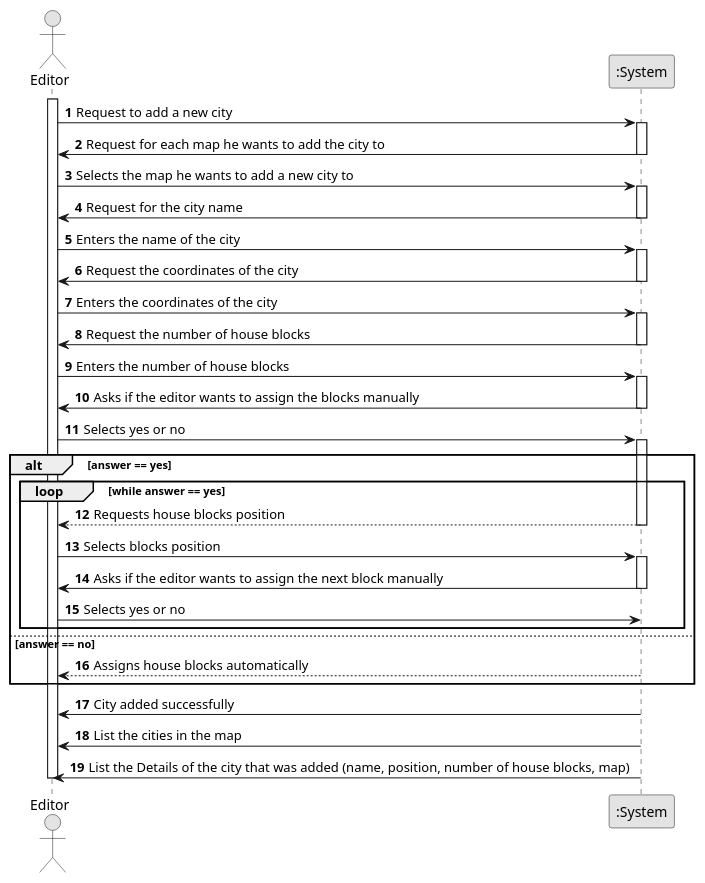
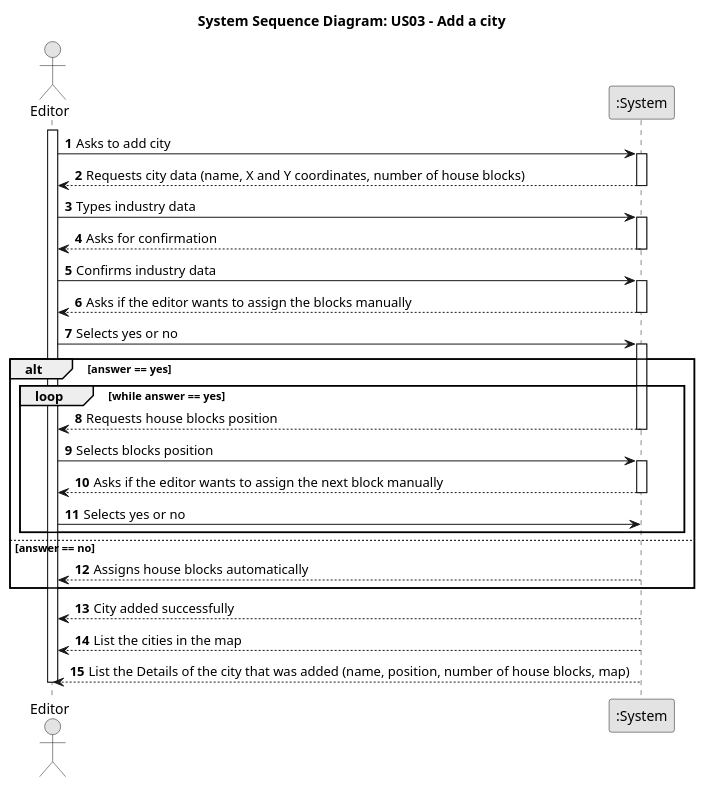
Before and after one commit to HenriqueSilva18/Railway-Network-Simulator: the diagram in docs/system-documentation/Sprint 1/US03/01.requirements-engineering/puml/US003-SSD.puml, drawn with PlantUML. The commit also changed 1 other file, not shown here.

Commit message:
US03 - Update SSD Diagram

```diff
--- a/docs/system-documentation/Sprint 1/US03/01.requirements-engineering/puml/US003-SSD.puml
+++ b/docs/system-documentation/Sprint 1/US03/01.requirements-engineering/puml/US003-SSD.puml
@@ -1,61 +1,55 @@
 @startuml
+title System Sequence Diagram: US03 - Add a city
 skinparam monochrome true
 skinparam packageStyle rectangle
 skinparam shadowing false
 
 autonumber
 
 actor "Editor" as Editor
 participant ":System" as System
 
 activate Editor
+Editor -> System : Asks to add city
+        activate System
+        System --> Editor: Requests city data (name, X and Y coordinates, number of house blocks)
+        deactivate System
 
-Editor -> System : Request to add a new city
-activate System
-System -> Editor : Request for each map he wants to add the city to
-deactivate System
-Editor -> System : Selects the map he wants to add a new city to
-activate System
-System -> Editor : Request for the city name
-deactivate System
-Editor -> System : Enters the name of the city
-activate System
-System -> Editor : Request the coordinates of the city
-deactivate System
-Editor -> System : Enters the coordinates of the city
-activate System
-System -> Editor : Request the number of house blocks
-deactivate System
-Editor -> System : Enters the number of house blocks
-activate System
-System -> Editor : Asks if the editor wants to assign the blocks manually
+    Editor -> System: Types industry data
+        activate System
+        System --> Editor: Asks for confirmation
+        deactivate System
+
+    Editor -> System: Confirms industry data
+        activate System
+System --> Editor : Asks if the editor wants to assign the blocks manually
 deactivate System
 Editor -> System : Selects yes or no
 activate System
 
 alt answer == yes
     loop while answer == yes
         System --> Editor : Requests house blocks position
         deactivate System
 
         Editor -> System : Selects blocks position
         activate System
-        System -> Editor : Asks if the editor wants to assign the next block manually
+        System --> Editor : Asks if the editor wants to assign the next block manually
         deactivate System
 
         Editor -> System : Selects yes or no
     end
 else answer == no
     System --> Editor : Assigns house blocks automatically
     deactivate System
 end
 
 activate System
 
-System -> Editor : City added successfully
-System -> Editor : List the cities in the map
-System -> Editor : List the Details of the city that was added (name, position, number of house blocks, map)
+System --> Editor : City added successfully
+System --> Editor : List the cities in the map
+System --> Editor : List the Details of the city that was added (name, position, number of house blocks, map)
 
 deactivate System
 deactivate Editor
 @enduml
```
